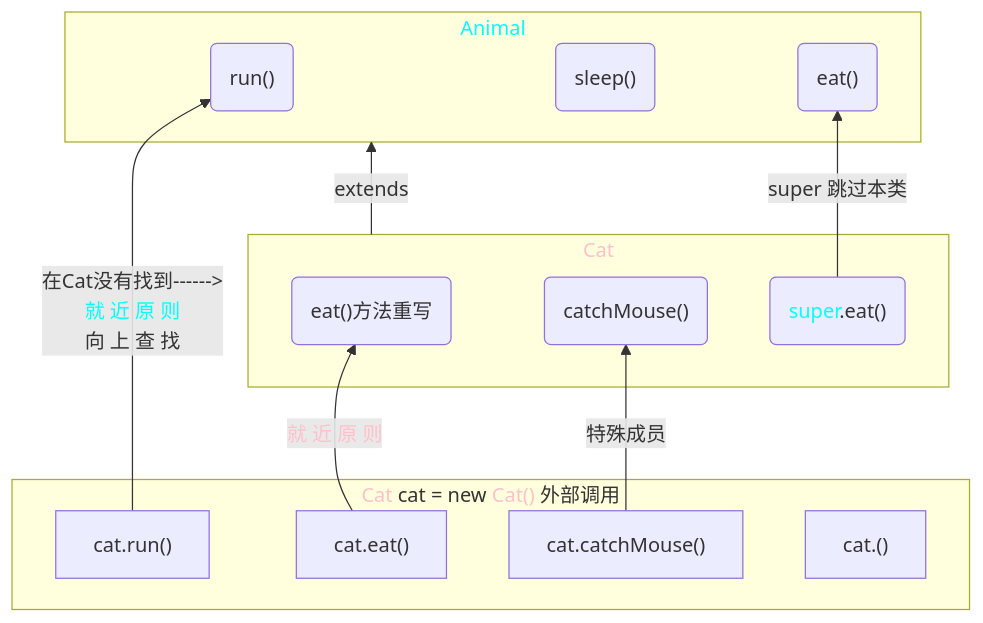
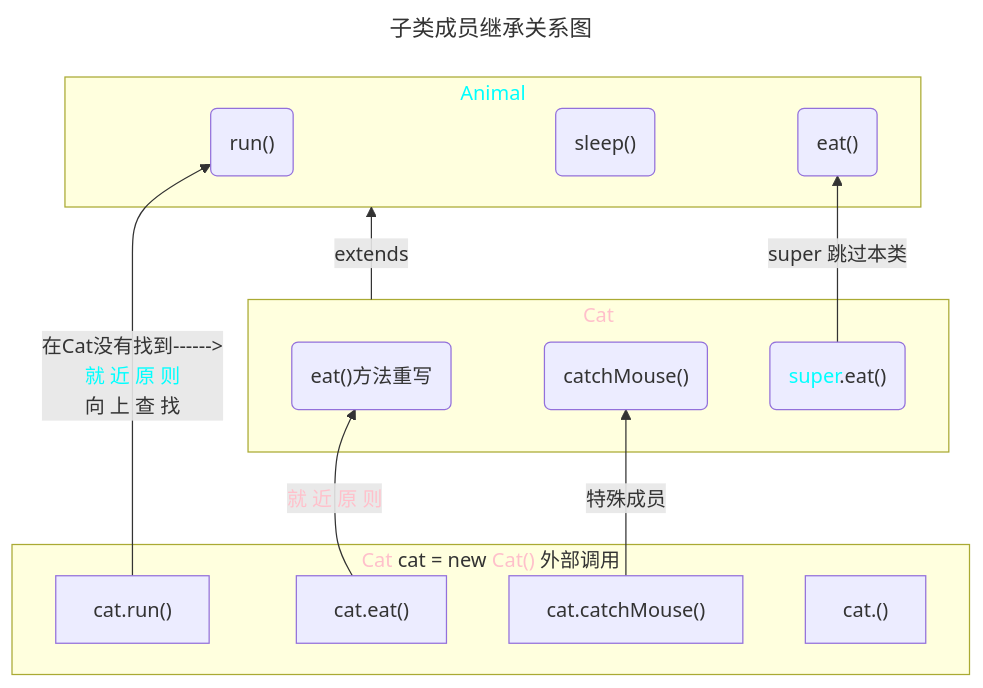
One commit to Stolorzs/JavaStudy changed the diagram in markdown/Super.md. Above: the diagram before and after it, drawn with Mermaid. The commit also changed other lines of this file and 39 other files, not shown here.

````diff
--- a/markdown/Super.md
+++ b/markdown/Super.md
@@ -62,25 +61,28 @@
 ```mermaid
+---
+title : 子类成员继承关系图
+---
 graph BT;
 subgraph a["<font color="Cyan">Animal</font>"]
     a2("run()")
     a1("sleep()")
     a3("eat()")
 end
 subgraph b["<font color="pink">Cat</font>"]
     b1("eat()方法重写")
     b2("catchMouse()")
     b3("<font color="cyan">super</font>.eat()")
     b3-->|super 跳过本类|a3
 end
 subgraph c["<font color="pink">Cat</font> cat = new  <font color="pink">Cat()</font> 外部调用"]
     c1["cat.eat()"]
     c2["cat.run()"]
     c3["cat.catchMouse()"]
     c4["cat.()"]
 end
 c1-->|<font color="pink">就 近 原 则 </font>|b1
 c2-->|在Cat没有找到------>\n<font color="Cyan">就 近 原 则</font>\n向 上 查 找|a2
 c~~~b
 b-->|extends|a
 c3-->|特殊成员|b2
 ```
````
